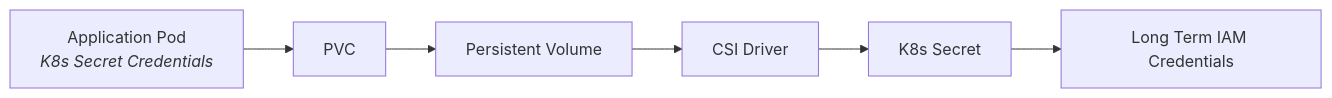
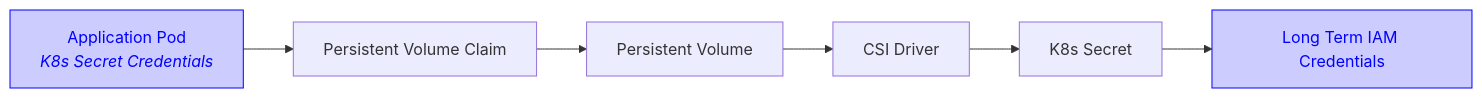
The second of 4 diagrams in docs/CONFIGURATION.md (awslabs/mountpoint-s3-csi-driver), drawn with Mermaid before and after one commit. The commit also changed other lines of this file, not shown here.

````diff
--- a/docs/CONFIGURATION.md
+++ b/docs/CONFIGURATION.md
@@ -61,24 +77,28 @@
 ```mermaid
 graph LR;
     CSI[CSI Driver]
 
     P["`Application Pod
     *K8s Secret Credentials*`"]
 
     K8sS[K8s Secret]
 
     IAM_LT["Long Term IAM Credentials"]
 
     PV[Persistent Volume]
-    PVC[PVC]
+    PVC[Persistent Volume Claim]
 
     P --> PVC
 
     PVC --> PV
 
     PV --> CSI
 
     CSI --> K8sS
 
     K8sS --> IAM_LT
+    
+    
+    style IAM_LT stroke:#0000ff,fill:#ccccff,color:#0000ff
+    style P stroke:#0000ff,fill:#ccccff,color:#0000ff
 ```
````
